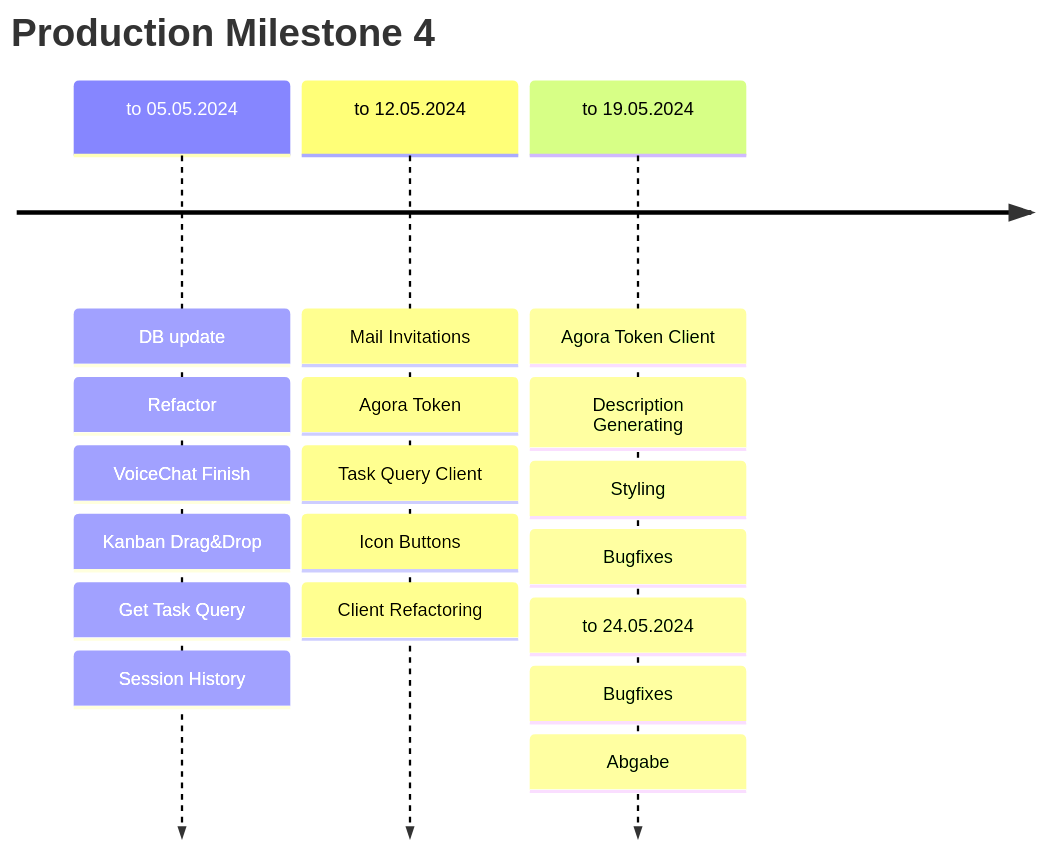
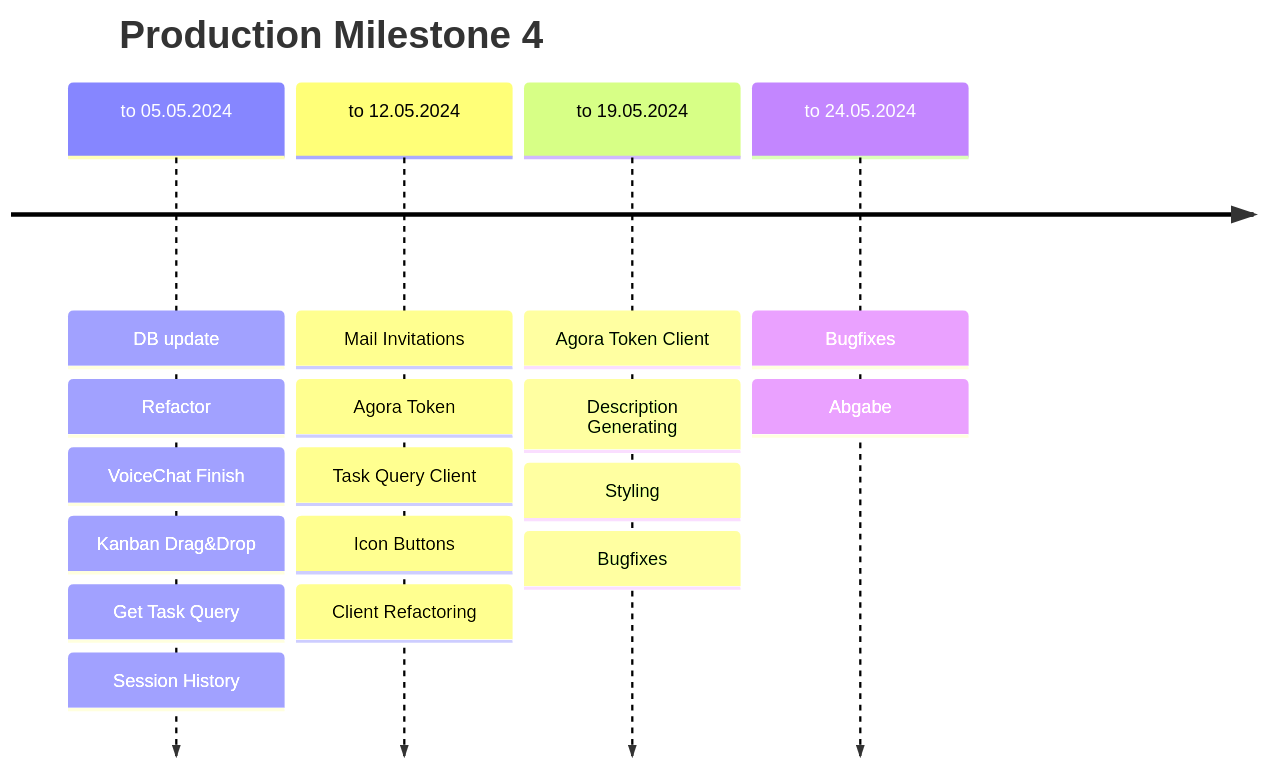
Before and after one commit to sopra-fs24-group07/sopra-fs24-group-07-server: the second of 2 diagrams in contributions.md, drawn with Mermaid.

Commit message:
fix typo in timeline
sopra-fs24-group07/sopra-fs24-group-07-server#

````diff
--- a/contributions.md
+++ b/contributions.md
@@ -246,8 +246,8 @@
 ```mermaid
 timeline
     title Production Milestone 4
     to 05.05.2024: DB update: Refactor: VoiceChat Finish: Kanban Drag&Drop: Get Task Query: Session History
     to 12.05.2024: Mail Invitations: Agora Token: Task Query Client: Icon Buttons: Client Refactoring
-    to 19.05.2024: Agora Token Client: Description Generating: Styling: Bugfixes:
+    to 19.05.2024: Agora Token Client: Description Generating: Styling: Bugfixes
     to 24.05.2024: Bugfixes: Abgabe
 ```
````
